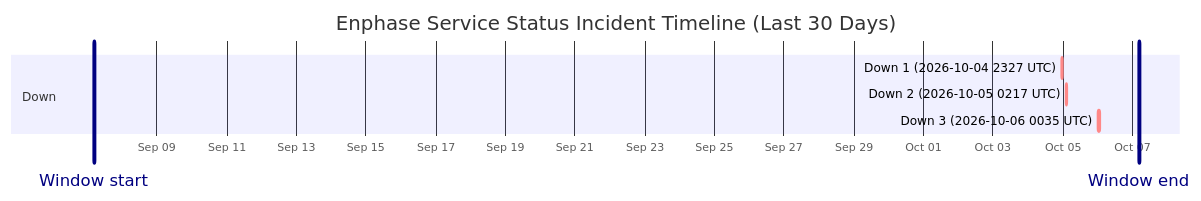
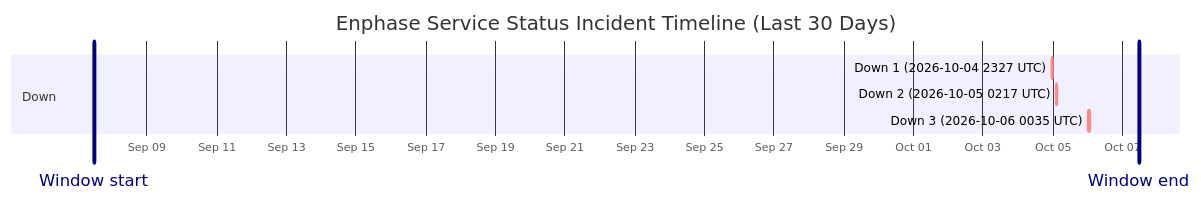
The diagram in wiki/Service-Status-History.md (barneyonline/ha-enphase-energy), drawn with Mermaid before and after one commit. The commit also changed other lines of this file and 3 other files, not shown here.

````diff
--- a/wiki/Service-Status-History.md
+++ b/wiki/Service-Status-History.md
@@ -14,12 +14,12 @@
 ```mermaid
 gantt
     title Enphase Service Status Incident Timeline (Last 30 Days)
     dateFormat  YYYY-MM-DDTHH:mm:ss
     axisFormat  %b %d
-    Window start :vert, window-start, 2026-09-07T04:25:26, 0ms
-    Window end :vert, window-end, 2026-10-07T04:25:26, 0ms
+    Window start :vert, window-start, 2026-09-07T11:15:24, 0ms
+    Window end :vert, window-end, 2026-10-07T11:15:24, 0ms
     section Down
     Down 1 (2026-10-04 2327 UTC) :crit, down-1, 2026-10-04T23:27:34, 60m
     Down 2 (2026-10-05 0217 UTC) :crit, down-2, 2026-10-05T02:17:30, 60m
     Down 3 (2026-10-06 0035 UTC) :crit, down-3, 2026-10-06T00:35:21, 60m
 ```
````
